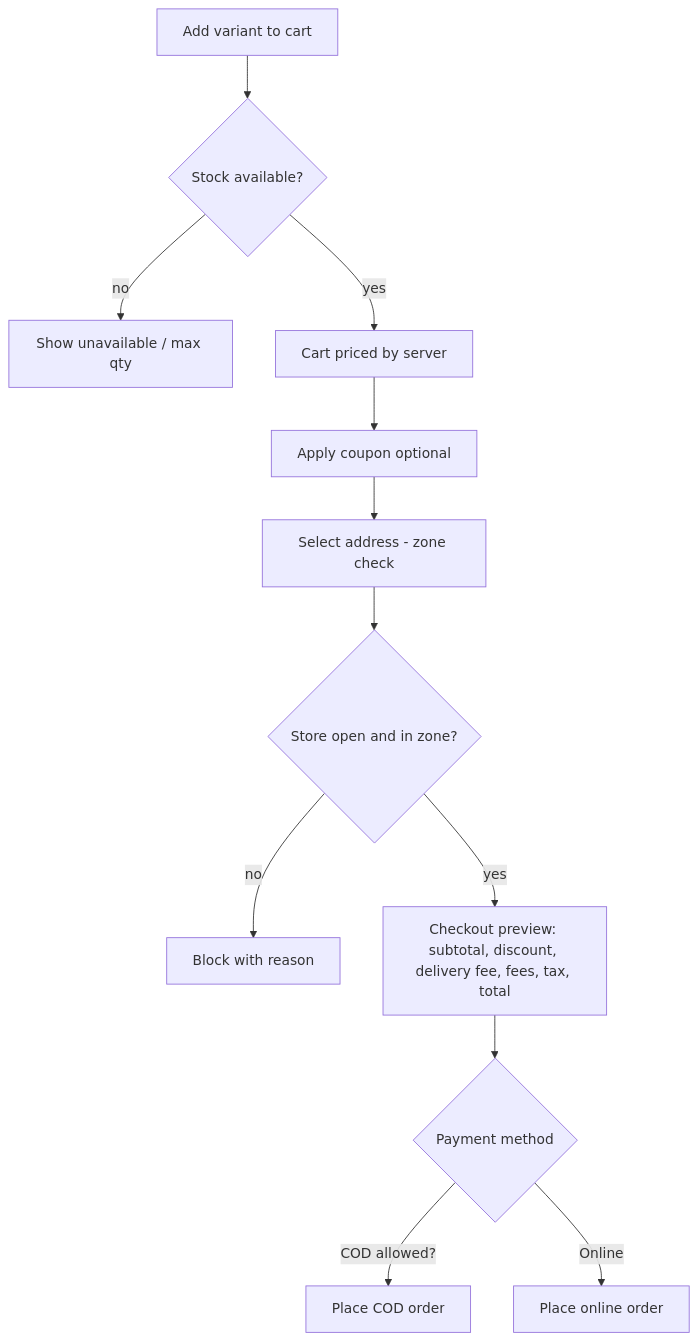
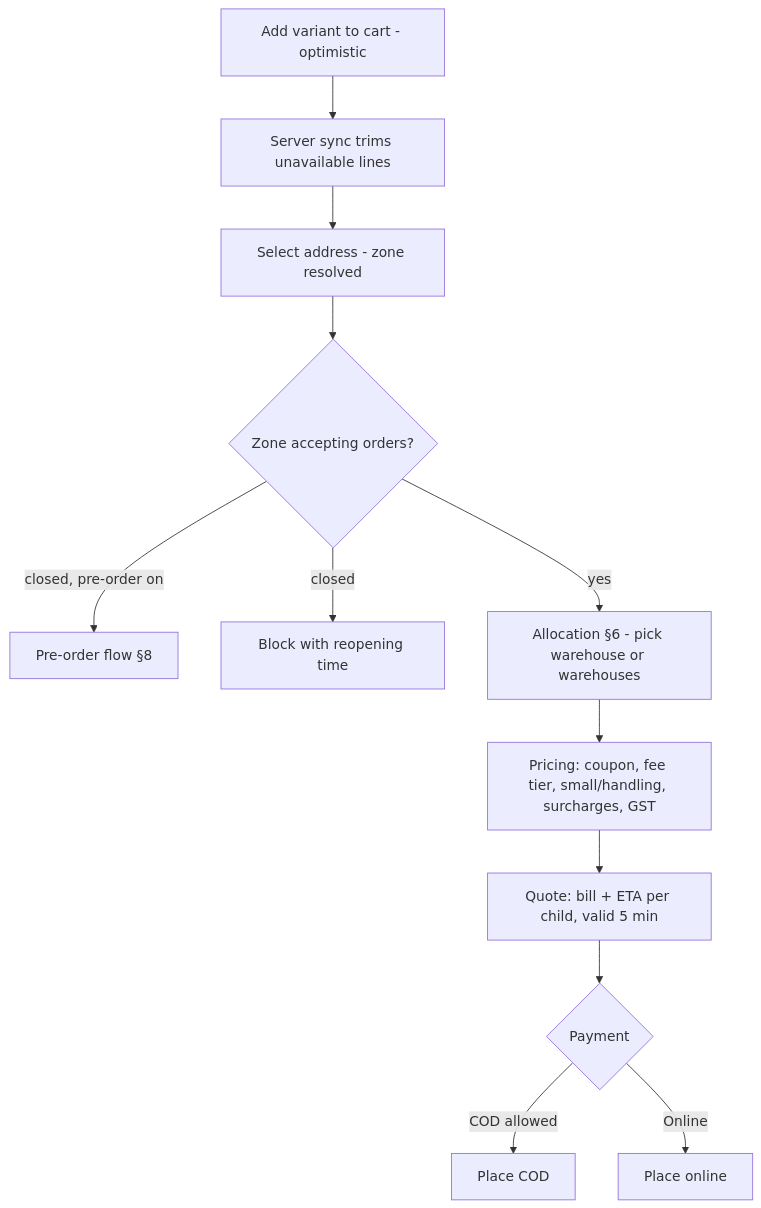
Before and after one commit to reboot-ai-private-limited/darjeeling-stores-quick-commerce: the third of 8 diagrams in docs/02-workflows.md, drawn with Mermaid. The commit also changed other lines of this file and 6 other files, not shown here.

First line of the commit message:
Rework docs for multi-warehouse, zone-based quick commerce

````diff
--- a/docs/02-workflows.md
+++ b/docs/02-workflows.md
@@ -77,14 +88,14 @@
 ```mermaid
 flowchart TD
-    A[Add variant to cart] --> B{Stock available?}
-    B -- no --> B1[Show unavailable / max qty]
-    B -- yes --> C[Cart priced by server]
-    C --> D[Apply coupon optional]
-    D --> E[Select address - zone check]
-    E --> F{Store open and in zone?}
-    F -- no --> F1[Block with reason]
-    F -- yes --> G[Checkout preview: subtotal, discount, delivery fee, fees, tax, total]
-    G --> H{Payment method}
-    H -- COD allowed? --> I[Place COD order]
-    H -- Online --> J[Place online order]
+    A[Add variant to cart - optimistic] --> B[Server sync trims unavailable lines]
+    B --> C[Select address - zone resolved]
+    C --> D{Zone accepting orders?}
+    D -- closed, pre-order on --> P[Pre-order flow §8]
+    D -- closed --> X[Block with reopening time]
+    D -- yes --> E[Allocation §6 - pick warehouse or warehouses]
+    E --> F[Pricing: coupon, fee tier, small/handling, surcharges, GST]
+    F --> G[Quote: bill + ETA per child, valid 5 min]
+    G --> H{Payment}
+    H -- COD allowed --> I[Place COD]
+    H -- Online --> J[Place online]
 ```
````
